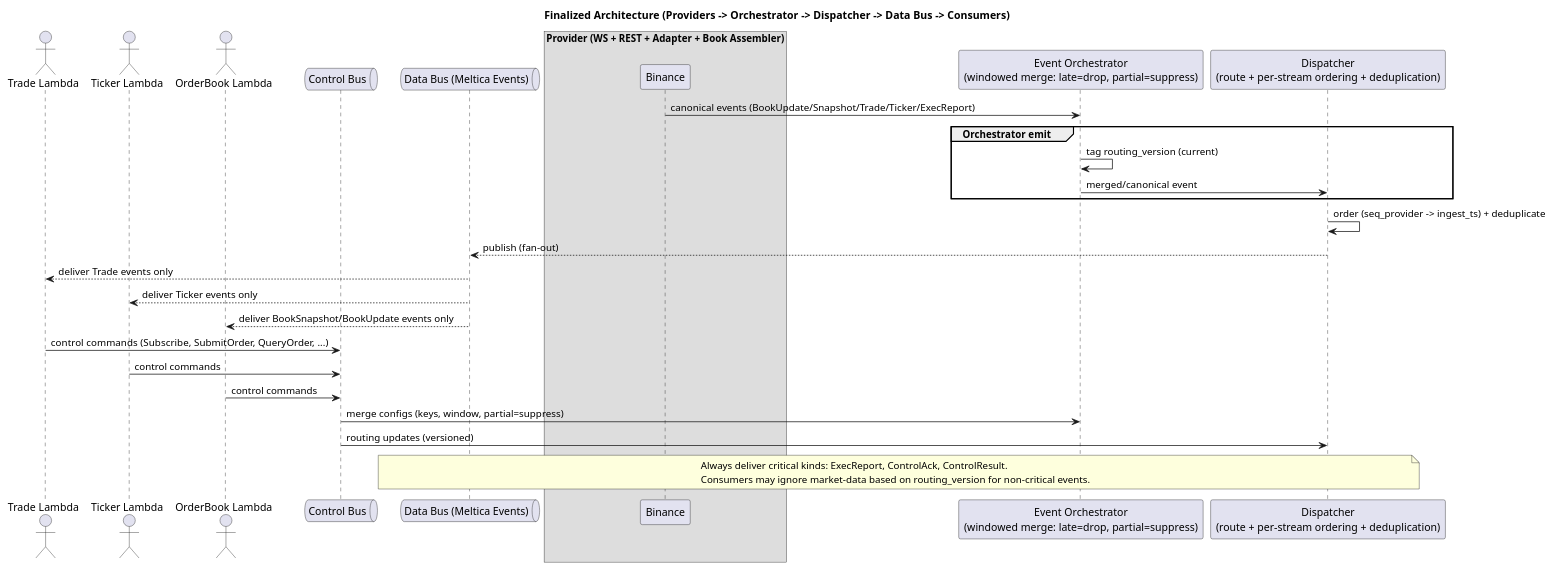
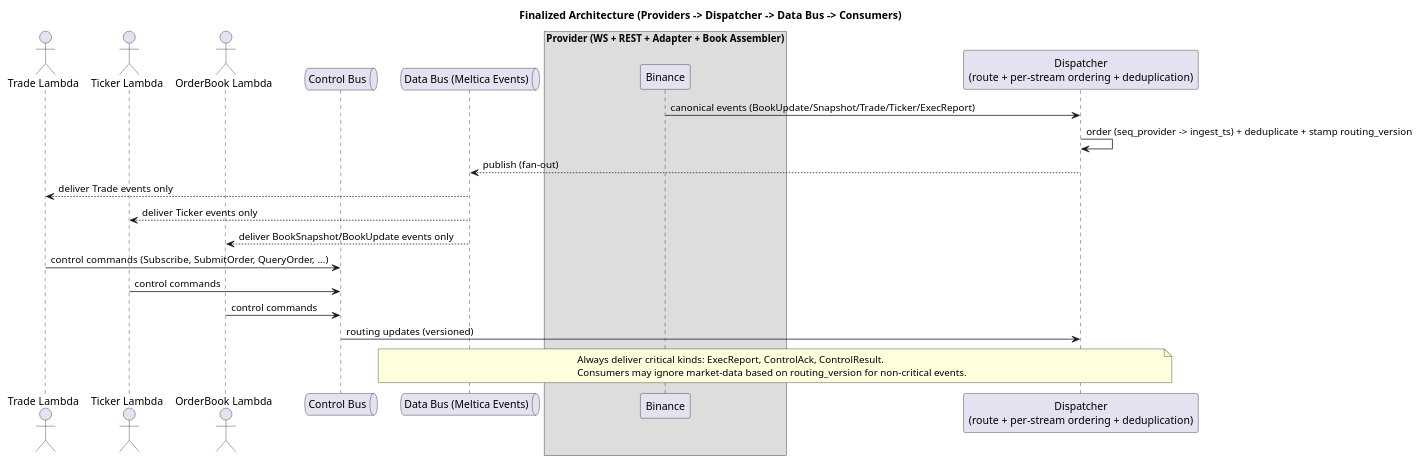
One commit to coachpo/meltica changed the diagram in docs/diagrams/architecture-finalized.puml. Above: the diagram before and after it, drawn with PlantUML. The commit also changed 50 other files, not shown here.

Commit message:
refactor: delete Orchestrator because the order book merge will happen within the provider

```diff
--- a/docs/diagrams/architecture-finalized.puml
+++ b/docs/diagrams/architecture-finalized.puml
@@ -1,46 +1,39 @@
 @startuml
-title Finalized Architecture (Providers -> Orchestrator -> Dispatcher -> Data Bus -> Consumers)
+title Finalized Architecture (Providers -> Dispatcher -> Data Bus -> Consumers)
 
 actor "Trade Lambda" as Trade
 actor "Ticker Lambda" as Ticker
 actor "OrderBook Lambda" as OrderBook
 
 queue "Control Bus" as ControlBus
 queue "Data Bus (Meltica Events)" as DataBus
 
 box "Provider (WS + REST + Adapter + Book Assembler)"
   participant "Binance" as PRV_O
 end box
 
-participant "Event Orchestrator\n(windowed merge: late=drop, partial=suppress)" as Orchestrator
 participant "Dispatcher\n(route + per-stream ordering + deduplication)" as Dispatcher
 
 ' Ingress
-PRV_O -> Orchestrator : canonical events (BookUpdate/Snapshot/Trade/Ticker/ExecReport)
-
-group Orchestrator emit
-  Orchestrator -> Orchestrator : tag routing_version (current)
-  Orchestrator -> Dispatcher : merged/canonical event
-end
+PRV_O -> Dispatcher : canonical events (BookUpdate/Snapshot/Trade/Ticker/ExecReport)
 
 ' Dispatch
-Dispatcher -> Dispatcher : order (seq_provider -> ingest_ts) + deduplicate
+Dispatcher -> Dispatcher : order (seq_provider -> ingest_ts) + deduplicate + stamp routing_version
 Dispatcher --> DataBus : publish (fan-out)
 
 ' Delivery
 DataBus --> Trade : deliver Trade events only
 DataBus --> Ticker : deliver Ticker events only
 DataBus --> OrderBook : deliver BookSnapshot/BookUpdate events only
 
 ' Control plane
 Trade -> ControlBus : control commands (Subscribe, SubmitOrder, QueryOrder, ...)
 Ticker -> ControlBus : control commands
 OrderBook -> ControlBus : control commands
-ControlBus -> Orchestrator : merge configs (keys, window, partial=suppress)
 ControlBus -> Dispatcher : routing updates (versioned)
 
 note over Dispatcher,DataBus
 Always deliver critical kinds: ExecReport, ControlAck, ControlResult.
 Consumers may ignore market-data based on routing_version for non-critical events.
 end note
 @enduml
```
